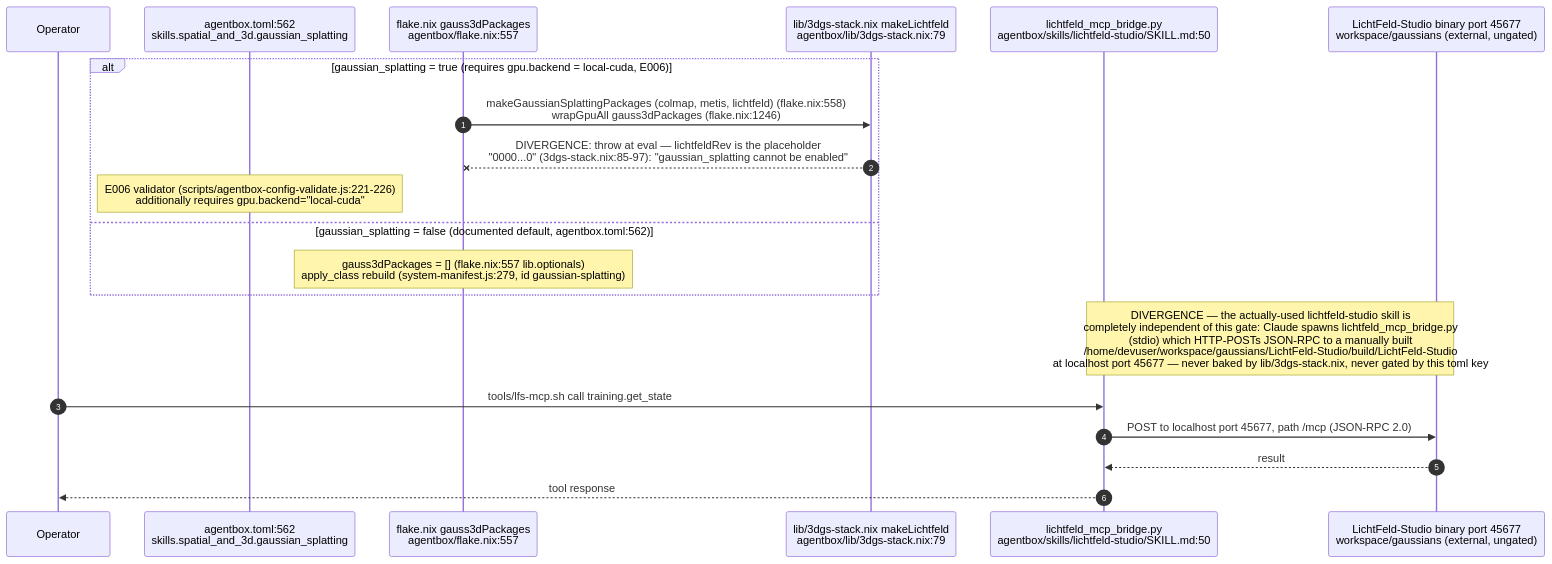
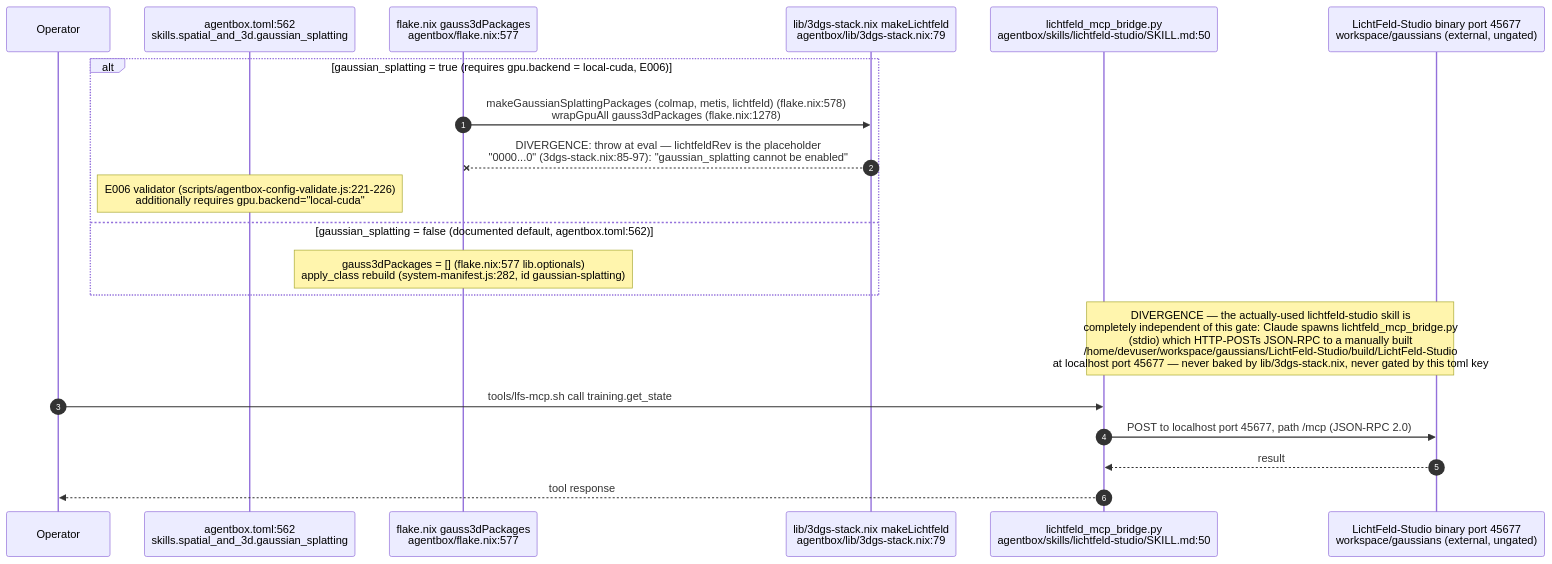
The ninth of 13 diagrams in docs/diagrams/agentbox/27-media-gpu-capability-services.md (DreamLab-AI/VisionFlow), drawn with Mermaid before and after one commit. The commit also changed other lines of this file and 94 other files, not shown here.

First line of the commit message:
docs(diagrams): re-verify 130 topics against 2 October HEADs

````diff
--- a/docs/diagrams/agentbox/27-media-gpu-capability-services.md
+++ b/docs/diagrams/agentbox/27-media-gpu-capability-services.md
@@ -291,23 +291,23 @@
 ```mermaid
 sequenceDiagram
     autonumber
     participant Op as Operator
     participant Toml as agentbox.toml:562<br/>skills.spatial_and_3d.gaussian_splatting
-    participant Flake as flake.nix gauss3dPackages<br/>agentbox/flake.nix:557
+    participant Flake as flake.nix gauss3dPackages<br/>agentbox/flake.nix:577
     participant Nix3dgs as lib/3dgs-stack.nix makeLichtfeld<br/>agentbox/lib/3dgs-stack.nix:79
     participant Bridge as lichtfeld_mcp_bridge.py<br/>agentbox/skills/lichtfeld-studio/SKILL.md:50
     participant LFS as LichtFeld-Studio binary port 45677<br/>workspace/gaussians (external, ungated)
 
     alt gaussian_splatting = true (requires gpu.backend = local-cuda, E006)
-        Flake->>Nix3dgs: makeGaussianSplattingPackages (colmap, metis, lichtfeld) (flake.nix:558)<br/>wrapGpuAll gauss3dPackages (flake.nix:1246)
+        Flake->>Nix3dgs: makeGaussianSplattingPackages (colmap, metis, lichtfeld) (flake.nix:578)<br/>wrapGpuAll gauss3dPackages (flake.nix:1278)
         Nix3dgs--xFlake: DIVERGENCE: throw at eval — lichtfeldRev is the placeholder<br/>"0000...0" (3dgs-stack.nix:85-97): "gaussian_splatting cannot be enabled"
         Note over Toml: E006 validator (scripts/agentbox-config-validate.js:221-226)<br/>additionally requires gpu.backend="local-cuda"
     else gaussian_splatting = false (documented default, agentbox.toml:562)
-        Note over Flake: gauss3dPackages = [] (flake.nix:557 lib.optionals)<br/>apply_class rebuild (system-manifest.js:279, id gaussian-splatting)
+        Note over Flake: gauss3dPackages = [] (flake.nix:577 lib.optionals)<br/>apply_class rebuild (system-manifest.js:282, id gaussian-splatting)
     end
     Note over Bridge,LFS: DIVERGENCE — the actually-used lichtfeld-studio skill is<br/>completely independent of this gate: Claude spawns lichtfeld_mcp_bridge.py<br/>(stdio) which HTTP-POSTs JSON-RPC to a manually built<br/>/home/devuser/workspace/gaussians/LichtFeld-Studio/build/LichtFeld-Studio<br/>at localhost port 45677 — never baked by lib/3dgs-stack.nix, never gated by this toml key
     Op->>Bridge: tools/lfs-mcp.sh call training.get_state
     Bridge->>LFS: POST to localhost port 45677, path /mcp (JSON-RPC 2.0)
     LFS-->>Bridge: result
     Bridge-->>Op: tool response
 ```
````
